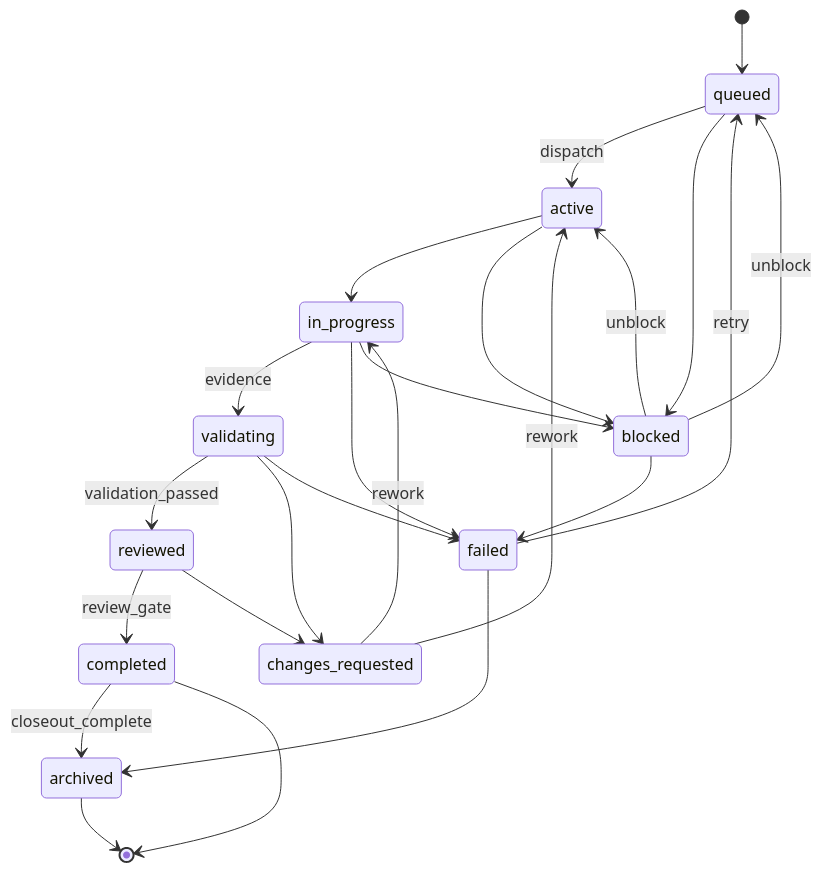
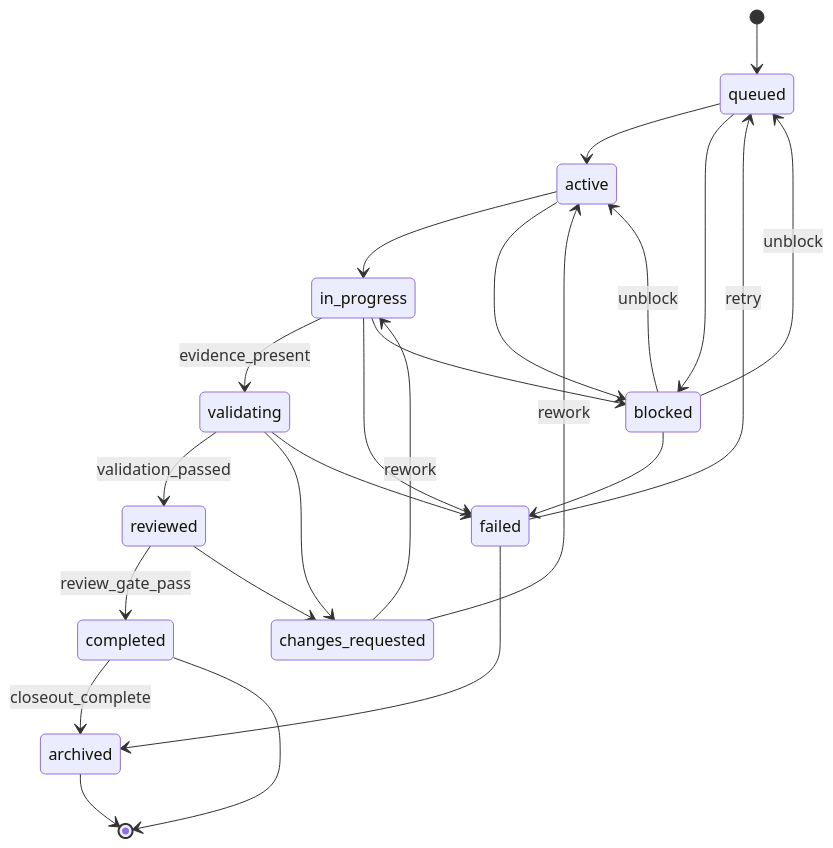
Before and after one commit to kas1987/chromatic-atomic-tower: the second of 2 diagrams in docs/architecture/STATE_MACHINE.md, drawn with Mermaid. The commit also changed other lines of this file and 2 other files, not shown here.

First line of the commit message:
fix(state-machine): address review feedback on transition rules

````diff
--- a/docs/architecture/STATE_MACHINE.md
+++ b/docs/architecture/STATE_MACHINE.md
@@ -63,26 +63,26 @@
 ```mermaid
 stateDiagram-v2
     [*] --> queued
-    queued --> active: dispatch
+    queued --> active
     queued --> blocked
     active --> in_progress
     active --> blocked
-    in_progress --> validating: evidence
+    in_progress --> validating: evidence_present
     in_progress --> failed
     in_progress --> blocked
     validating --> reviewed: validation_passed
     validating --> changes_requested
     validating --> failed
-    reviewed --> completed: review_gate
+    reviewed --> completed: review_gate_pass
     reviewed --> changes_requested
     changes_requested --> in_progress: rework
     changes_requested --> active: rework
     completed --> archived: closeout_complete
     failed --> queued: retry
     failed --> archived
     blocked --> active: unblock
     blocked --> queued: unblock
     blocked --> failed
     completed --> [*]
     archived --> [*]
 ```
````
